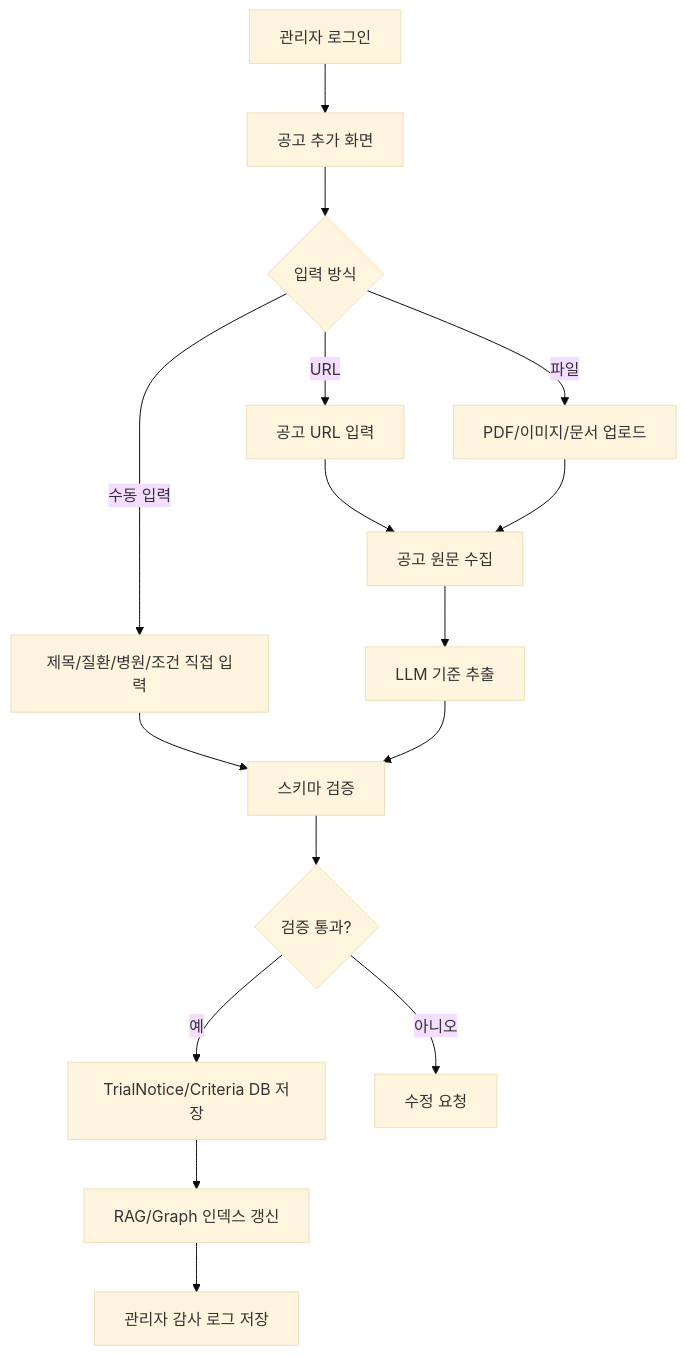
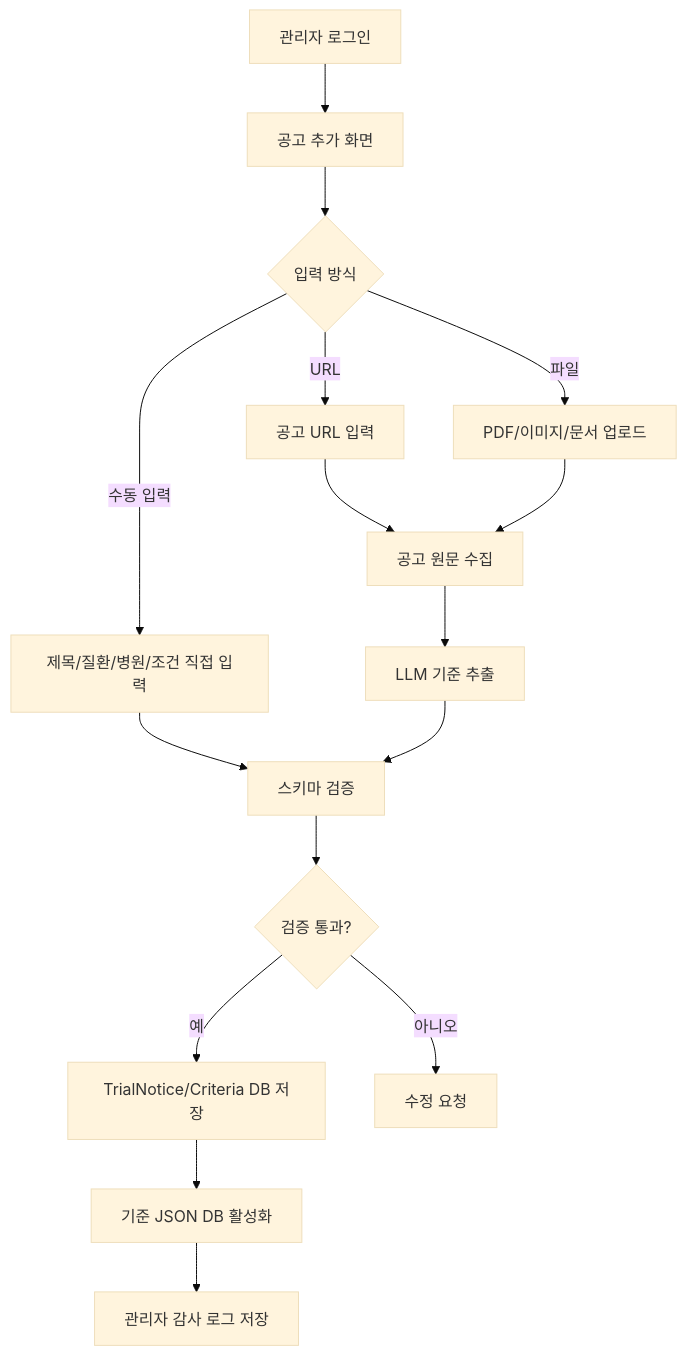
The third of 7 diagrams in doc/MATCHING_MODEL_V2.md (1jaekim/AWS_Healthcare), drawn with Mermaid (base theme) before and after one commit. The commit also changed other lines of this file and 48 other files, not shown here.

First line of the commit message:
feat(api): GraphRAG 검색과 기준별 LLM 판단 계층 추가

````diff
--- a/doc/MATCHING_MODEL_V2.md
+++ b/doc/MATCHING_MODEL_V2.md
@@ -165,18 +175,18 @@
 ```mermaid
 flowchart TD
     A["관리자 로그인"] --> B["공고 추가 화면"]
     B --> C{"입력 방식"}
     C -->|URL| U["공고 URL 입력"]
     C -->|파일| F["PDF/이미지/문서 업로드"]
     C -->|수동 입력| M["제목/질환/병원/조건 직접 입력"]
     U --> X["공고 원문 수집"]
     F --> X
     M --> V["스키마 검증"]
     X --> P["LLM 기준 추출"]
     P --> V
     V --> R{"검증 통과?"}
     R -->|예| S["TrialNotice/Criteria DB 저장"]
     R -->|아니오| E["수정 요청"]
-    S --> I["RAG/Graph 인덱스 갱신"]
+    S --> I["기준 JSON DB 활성화"]
     I --> H["관리자 감사 로그 저장"]
 ```
````
